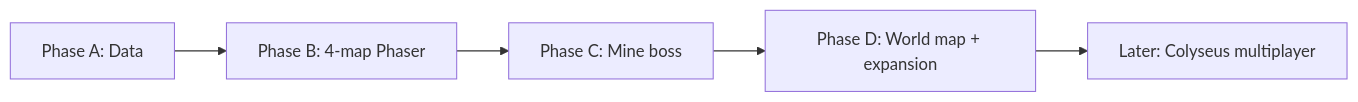
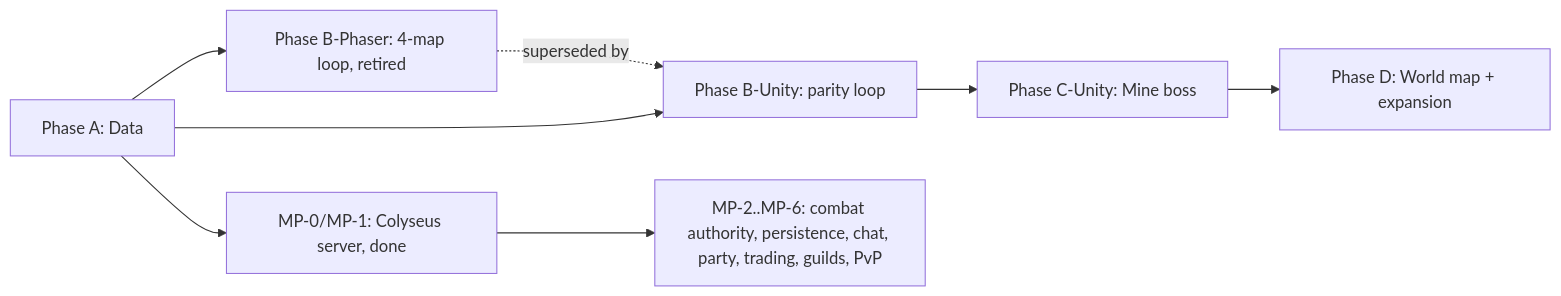
The diagram in HearthVale/docs/ROADMAP.md (brennin0820/HearthVale), drawn with Mermaid before and after one commit. The commit also changed other lines of this file and 344 other files, not shown here.

````diff
--- a/HearthVale/docs/ROADMAP.md
+++ b/HearthVale/docs/ROADMAP.md
@@ -185,7 +334,10 @@
 ```mermaid
 flowchart LR
-  A[Phase A: Data] --> B[Phase B: 4-map Phaser]
-  B --> C[Phase C: Mine boss]
-  C --> D[Phase D: World map + expansion]
-  D --> S[Later: Colyseus multiplayer]
+  A[Phase A: Data] --> BP[Phase B-Phaser: 4-map loop, retired]
+  BP -.superseded by.-> BU[Phase B-Unity: parity loop]
+  A --> BU
+  BU --> CU[Phase C-Unity: Mine boss]
+  CU --> D[Phase D: World map + expansion]
+  A --> MP0[MP-0/MP-1: Colyseus server, done]
+  MP0 --> S[MP-2..MP-6: combat authority, persistence, chat, party, trading, guilds, PvP]
 ```
````
